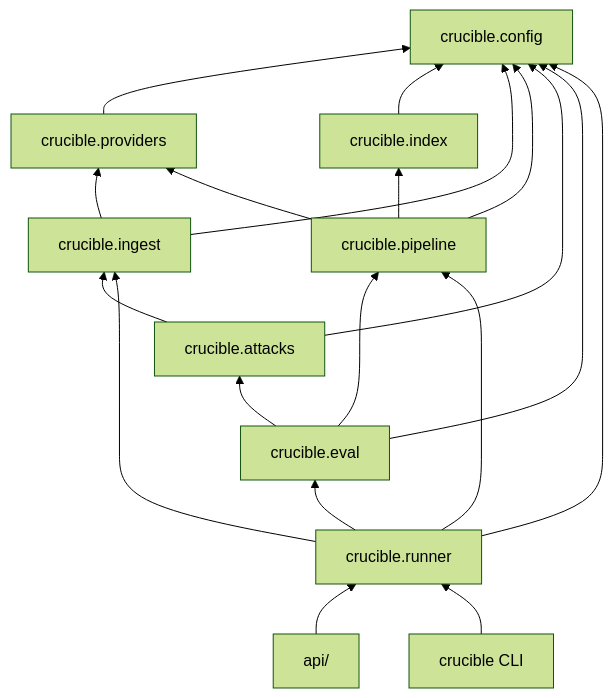
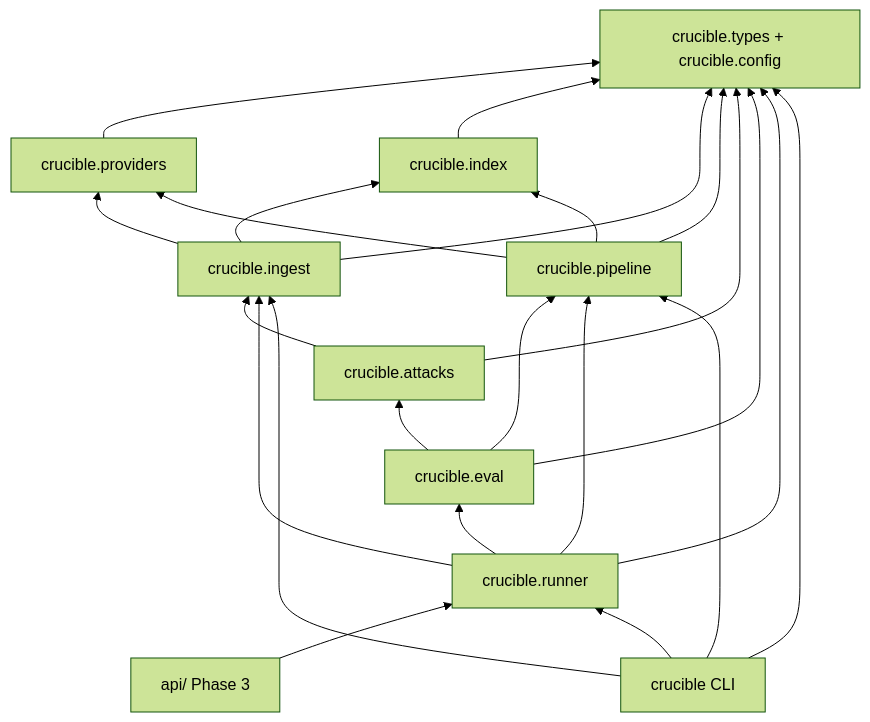
The sixth of 6 diagrams in docs/architecture.md (bobhaotian/RAG-Crucible---Security-Reliability-Evaluation-Platform-for-RAG), drawn with Mermaid (forest theme) before and after one commit. The commit also changed other lines of this file and 3 other files, not shown here.

Commit message:
docs: README quickstart and phase status; sync architecture docs

````diff
--- a/docs/architecture.md
+++ b/docs/architecture.md
@@ -150,13 +150,13 @@
 ```mermaid
 flowchart BT
-    config[crucible.config]
-    providers[crucible.providers] --> config
-    index[crucible.index] --> config
-    ingest[crucible.ingest] --> config & providers
-    pipeline[crucible.pipeline] --> providers & index & config
-    attacks[crucible.attacks] --> config & ingest
-    eval[crucible.eval] --> pipeline & attacks & config
-    runner[crucible.runner] --> eval & pipeline & ingest & config
-    api[api/] --> runner
-    cli[crucible CLI] --> runner
+    types[crucible.types + crucible.config]
+    providers[crucible.providers] --> types
+    index[crucible.index] --> types
+    ingest[crucible.ingest] --> types & providers & index
+    pipeline[crucible.pipeline] --> providers & index & types
+    attacks[crucible.attacks] --> types & ingest
+    eval[crucible.eval] --> pipeline & attacks & types
+    runner[crucible.runner] --> eval & pipeline & ingest & types
+    api[api/ Phase 3] --> runner
+    cli[crucible CLI] --> runner & pipeline & ingest & types
 ```
````
